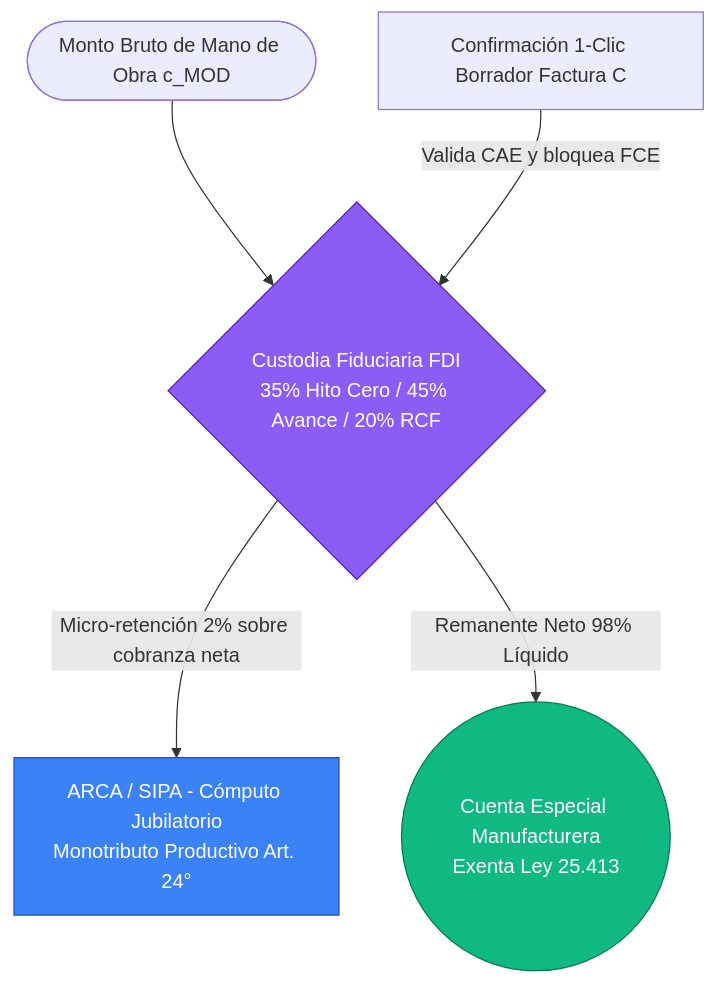
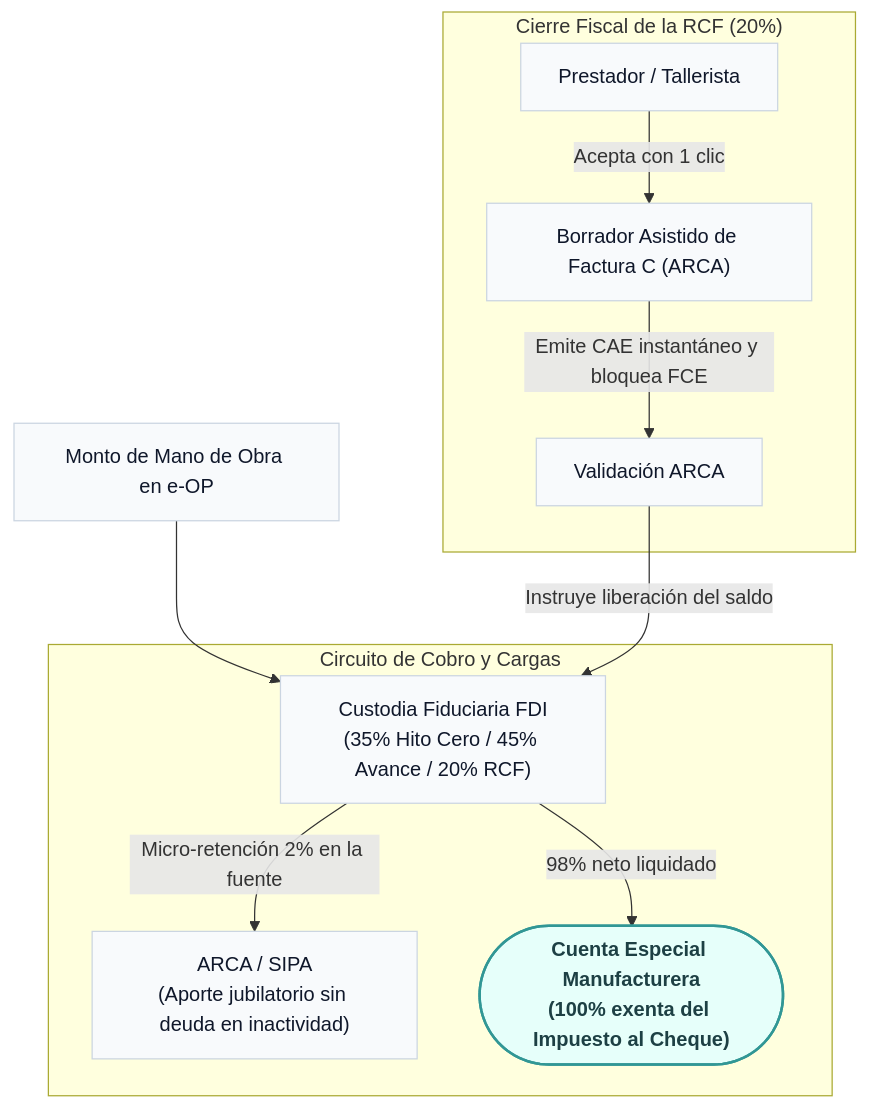
The second of 2 diagrams in docs/md/dossier_fimca_addenda1.md (sarthouse/indinopy), drawn with Mermaid before and after one commit. The commit also changed other lines of this file and 11 other files, not shown here.

````diff
--- a/docs/md/dossier_fimca_addenda1.md
+++ b/docs/md/dossier_fimca_addenda1.md
@@ -418,11 +412,19 @@
 ```mermaid
 flowchart TD
-    A([Monto Bruto de Mano de Obra c_MOD]) --> B{Custodia Fiduciaria FDI<br/>35% Hito Cero / 45% Avance / 20% RCF}
-    B -->|Micro-retención 2% sobre cobranza neta| D[ARCA / SIPA - Cómputo Jubilatorio<br/>Monotributo Productivo Art. 24°]
-    B -->|Remanente Neto 98% Líquido| F((Cuenta Especial Manufacturera<br/>Exenta Ley 25.413))
-    E[Confirmación 1-Clic Borrador Factura C] -->|Valida CAE y bloquea FCE| B
-    
-    style B fill:#8b5cf6,stroke:#5b21b6,color:#fff
-    style D fill:#3b82f6,stroke:#1d4ed8,color:#fff
-    style F fill:#10b981,stroke:#047857,color:#fff
+    M["Monto de Mano de Obra en e-OP"] --> FDI["Custodia Fiduciaria FDI<br/>(35% Hito Cero / 45% Avance / 20% RCF)"]
+
+    subgraph LIQ["Circuito de Cobro y Cargas"]
+        FDI -->|"Micro-retención 2% en la fuente"| SIPA["ARCA / SIPA<br/>(Aporte jubilatorio sin deuda en inactividad)"]
+        FDI -->|"98% neto liquidado"| CUENTA(["Cuenta Especial Manufacturera<br/>(100% exenta del Impuesto al Cheque)"])
+    end
+
+    subgraph CIERRE["Cierre Fiscal de la RCF (20%)"]
+        TALLER["Prestador / Tallerista"] -->|"Acepta con 1 clic"| BORRADOR["Borrador Asistido de Factura C (ARCA)"]
+        BORRADOR -->|"Emite CAE instantáneo y bloquea FCE"| ARCA_VAL["Validación ARCA"]
+        ARCA_VAL -->|"Instruye liberación del saldo"| FDI
+    end
+
+    classDef default fill:#F8FAFC,stroke:#CBD5E1,stroke-width:1px,color:#0F172A;
+    classDef target fill:#E6FFFA,stroke:#319795,stroke-width:2px,color:#1D4044,font-weight:bold;
+    class CUENTA target;
 ```
````
